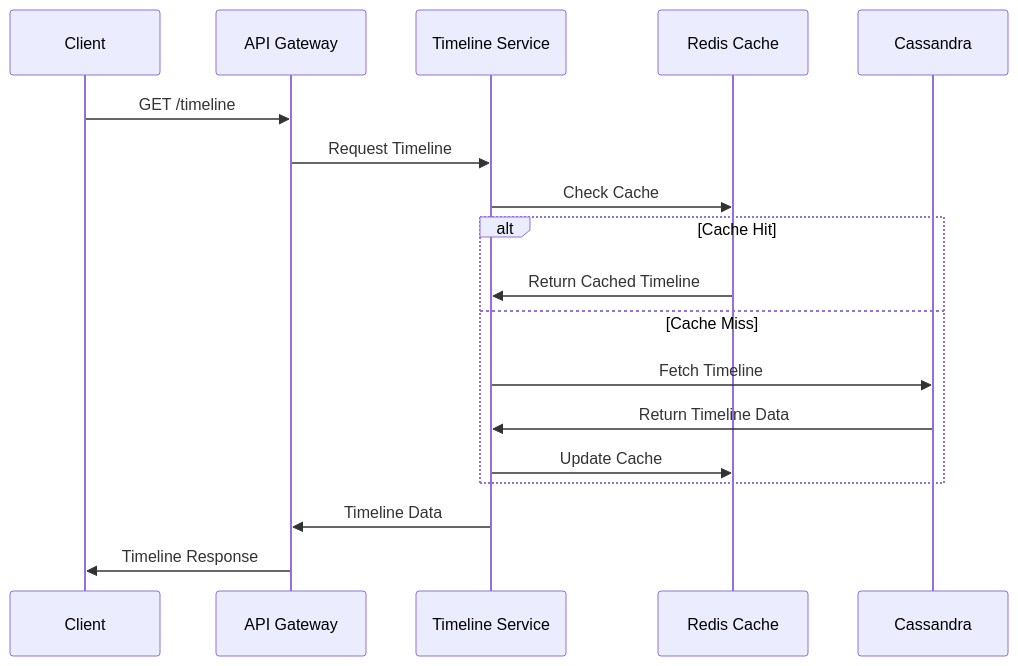
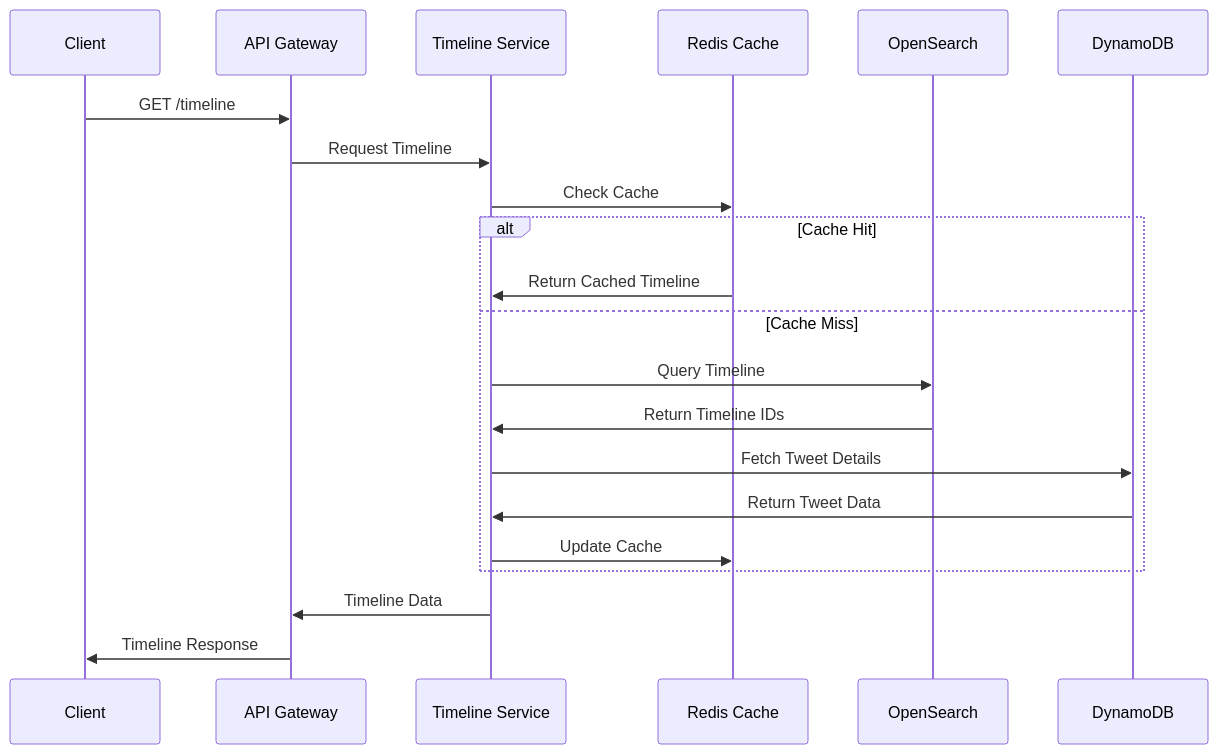
One commit to lisandropascuali/twitter-app changed the third of 6 diagrams in architecture.md. Above: the diagram before and after it, drawn with Mermaid. The commit also changed other lines of this file and 1 other file, not shown here.

Commit message:
feat: change in architecture: fanout on read strategy instead of fanout on write

````diff
--- a/architecture.md
+++ b/architecture.md
@@ -96,21 +90,24 @@
 ```mermaid
 sequenceDiagram
     participant C as Client
     participant AG as API Gateway
     participant TLS as Timeline Service
     participant R as Redis Cache
-    participant CASS as Cassandra
+    participant OS as OpenSearch
+    participant DDB as DynamoDB
 
     C->>AG: GET /timeline
     AG->>TLS: Request Timeline
     TLS->>R: Check Cache
     alt Cache Hit
         R->>TLS: Return Cached Timeline
     else Cache Miss
-        TLS->>CASS: Fetch Timeline
-        CASS->>TLS: Return Timeline Data
+        TLS->>OS: Query Timeline
+        OS->>TLS: Return Timeline IDs
+        TLS->>DDB: Fetch Tweet Details
+        DDB->>TLS: Return Tweet Data
         TLS->>R: Update Cache
     end
     TLS->>AG: Timeline Data
     AG->>C: Timeline Response
 ```
````
